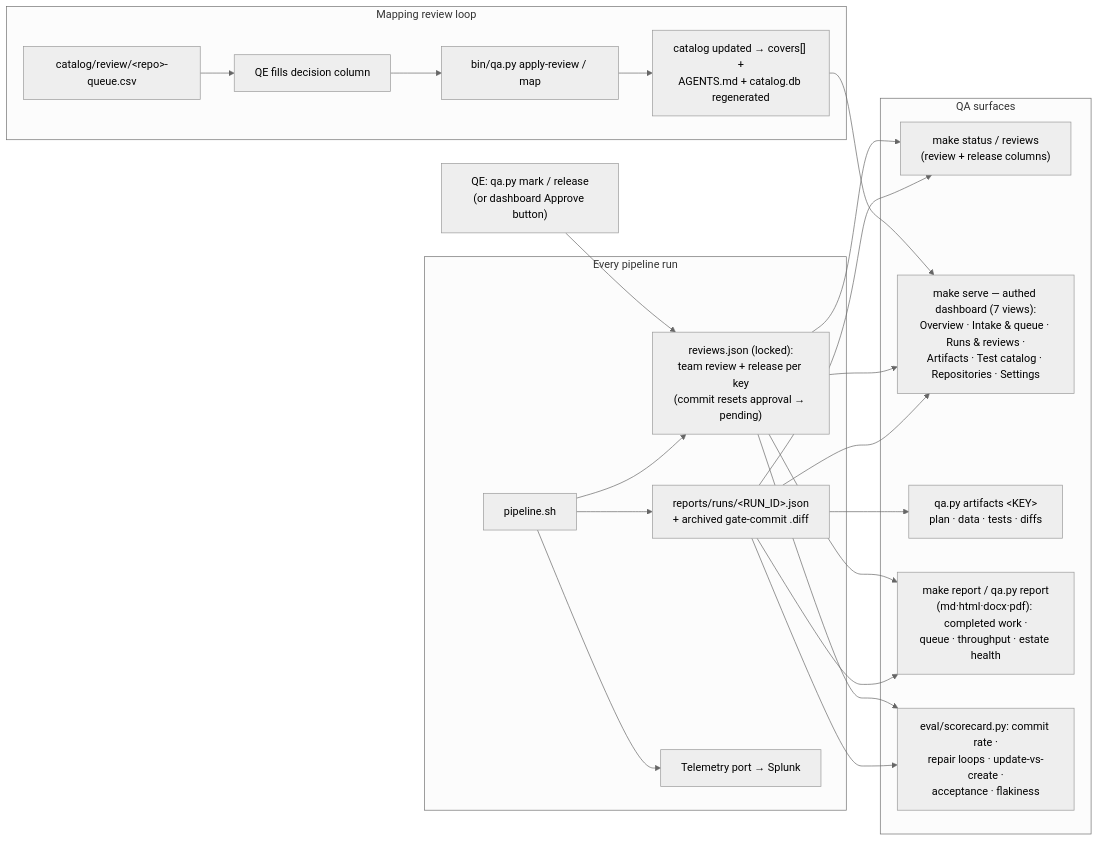
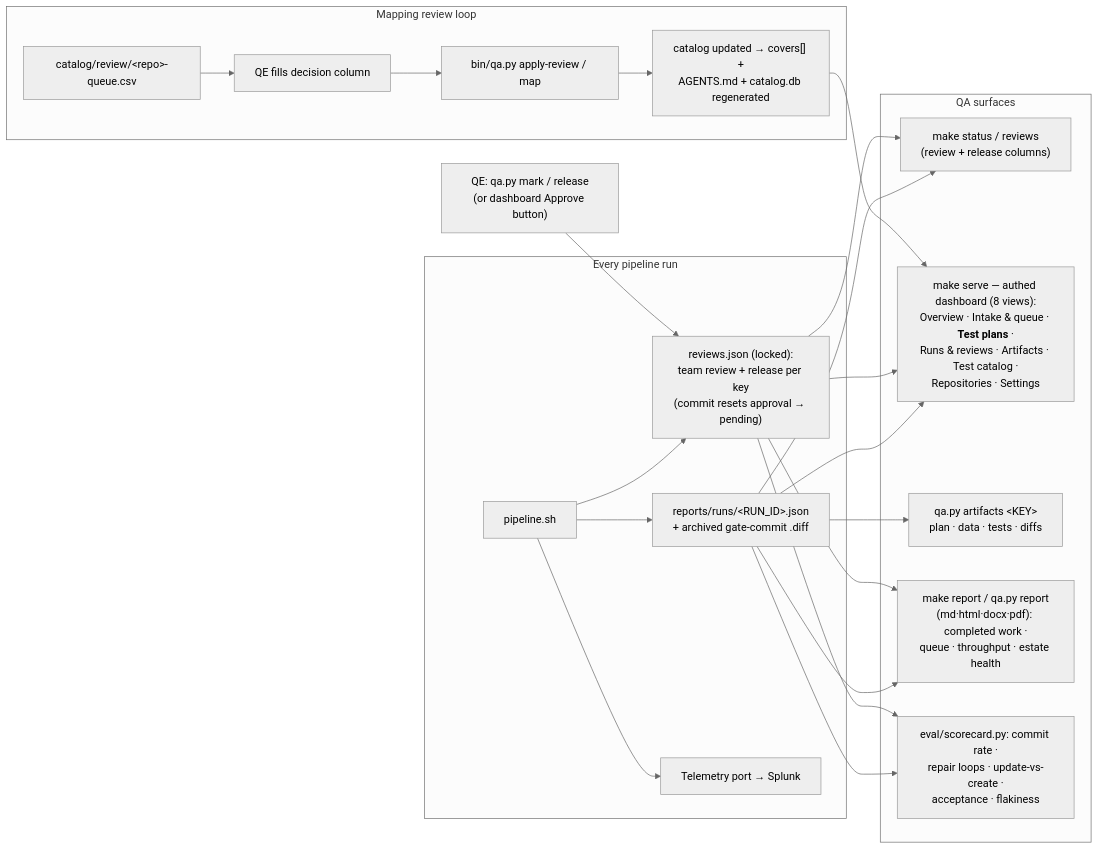
One commit to anandtopu/auto-tests-gen changed the tenth of 15 diagrams in docs/diagrams.md. Above: the diagram before and after it, drawn with Mermaid (neutral theme). The commit also changed other lines of this file and 3 other files, not shown here.

First line of the commit message:
docs: bring architecture, diagrams and guides up to date with recent work

````diff
--- a/docs/diagrams.md
+++ b/docs/diagrams.md
@@ -268,35 +277,35 @@
 ```mermaid
 flowchart LR
     subgraph RUNTIME["Every pipeline run"]
         P["pipeline.sh"] --> RR["reports/runs/&lt;RUN_ID&gt;.json<br/>+ archived gate-commit .diff"]
         P --> RS["reviews.json (locked):<br/>team review + release per key<br/>(commit resets approval → pending)"]
         P --> TEL["Telemetry port → Splunk"]
     end
 
     subgraph SURFACES["QA surfaces"]
         ST["make status / reviews<br/>(review + release columns)"]
-        DB["make serve — authed dashboard (7 views):<br/>Overview · Intake &amp; queue · Runs &amp; reviews ·<br/>Artifacts · Test catalog · Repositories · Settings"]
+        DB["make serve — authed dashboard (8 views):<br/>Overview · Intake &amp; queue · <b>Test plans</b> ·<br/>Runs &amp; reviews · Artifacts · Test catalog ·<br/>Repositories · Settings"]
         AR["qa.py artifacts &lt;KEY&gt;<br/>plan · data · tests · diffs"]
         REP["make report / qa.py report<br/>(md·html·docx·pdf): completed work ·<br/>queue · throughput · estate health"]
         SC["eval/scorecard.py: commit rate ·<br/>repair loops · update-vs-create ·<br/>acceptance · flakiness"]
     end
 
     RR --> ST
     RR --> DB
     RR --> AR
     RR --> REP
     RR --> SC
     RS --> ST
     RS --> DB
     RS --> REP
     RS --> SC
     TEAM["QE: qa.py mark / release<br/>(or dashboard Approve button)"] --> RS
 
     subgraph REVIEW["Mapping review loop"]
         Q1["catalog/review/&lt;repo&gt;-queue.csv"] --> Q2["QE fills decision column"]
         Q2 --> Q3["bin/qa.py apply-review / map"]
         Q3 --> Q4["catalog updated → covers[] +<br/>AGENTS.md + catalog.db regenerated"]
     end
 
     Q4 --> DB
 ```
````
